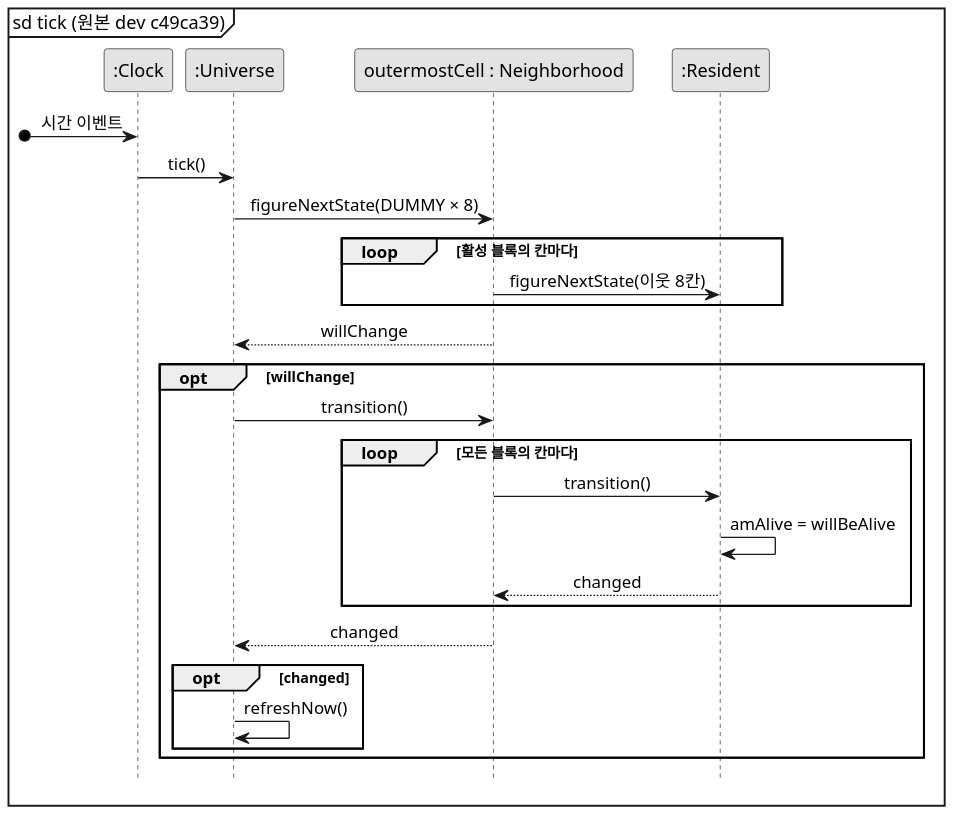
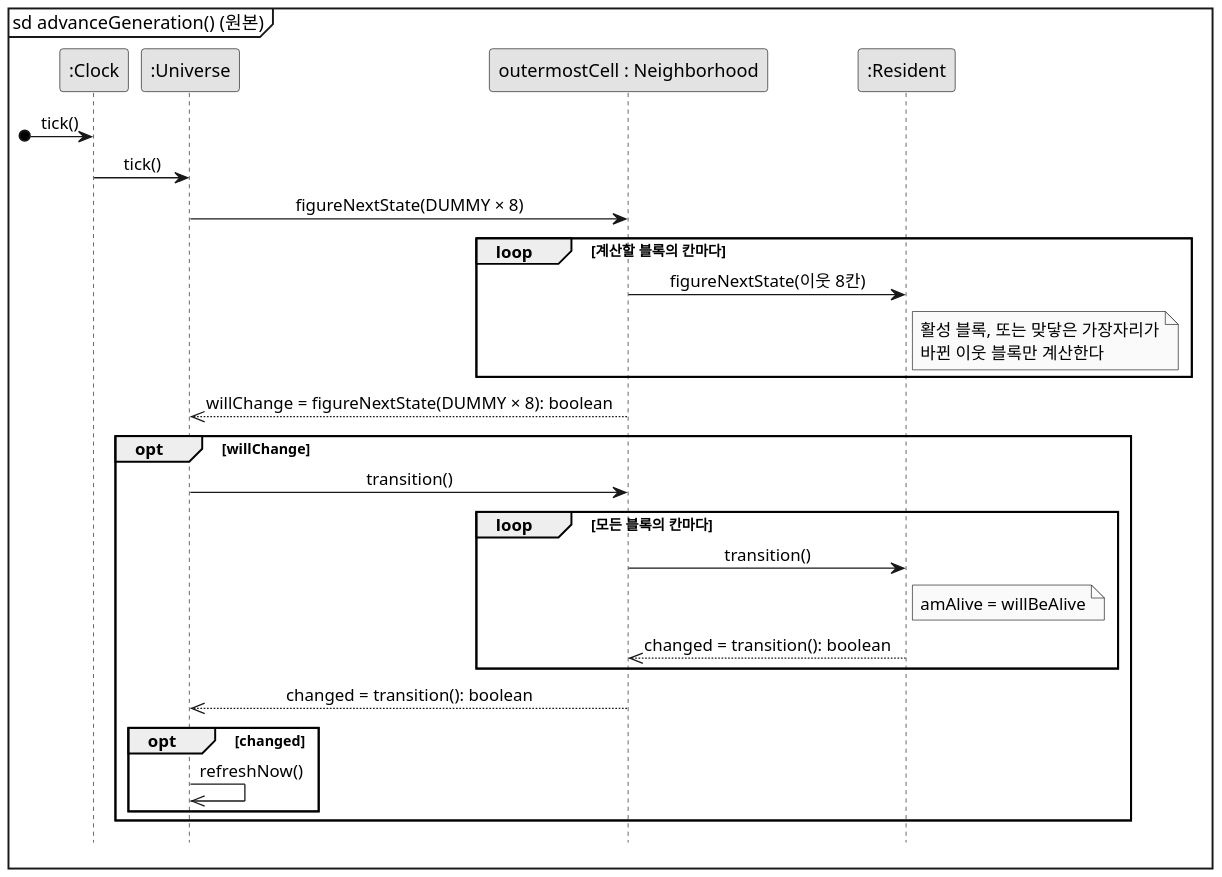
The diagram in docs/color-gen/diagrams/sd-tick-before.puml (mckimR1972/DP_team_project), drawn with PlantUML before and after one commit. The commit also changed 16 other files, not shown here.

Commit message:
docs: 시퀀스 다이어그램과 클래스 다이어그램을 로컬 코드에 맞게 고치고 클래스 다이어그램의 멤버 기준을 명시

```diff
--- a/docs/color-gen/diagrams/sd-tick-before.puml
+++ b/docs/color-gen/diagrams/sd-tick-before.puml
@@ -1,35 +1,36 @@
 @startuml sd-tick-before
 skinparam monochrome true
 skinparam dpi 150
 skinparam shadowing false
 skinparam defaultFontName "Malgun Gothic"
 skinparam sequenceMessageAlign center
 hide footbox
-mainframe sd tick (원본 dev c49ca39)
+mainframe sd advanceGeneration() (원본)
 
 participant ":Clock" as C
 participant ":Universe" as U
 participant "outermostCell : Neighborhood" as N
 participant ":Resident" as R
 
-[o-> C : 시간 이벤트
+[o-> C : tick()
 C -> U : tick()
 U -> N : figureNextState(DUMMY × 8)
-loop 활성 블록의 칸마다
+loop 계산할 블록의 칸마다
   N -> R : figureNextState(이웃 8칸)
+  note right of R : 활성 블록, 또는 맞닿은 가장자리가\n바뀐 이웃 블록만 계산한다
 end
-N --> U : willChange
+N -->> U : willChange = figureNextState(DUMMY × 8): boolean
 
 opt willChange
   U -> N : transition()
   loop 모든 블록의 칸마다
     N -> R : transition()
-    R -> R : amAlive = willBeAlive
-    R --> N : changed
+    note right of R : amAlive = willBeAlive
+    R -->> N : changed = transition(): boolean
   end
-  N --> U : changed
+  N -->> U : changed = transition(): boolean
   opt changed
-    U -> U : refreshNow()
+    U ->> U : refreshNow()
   end
 end
 @enduml
```
